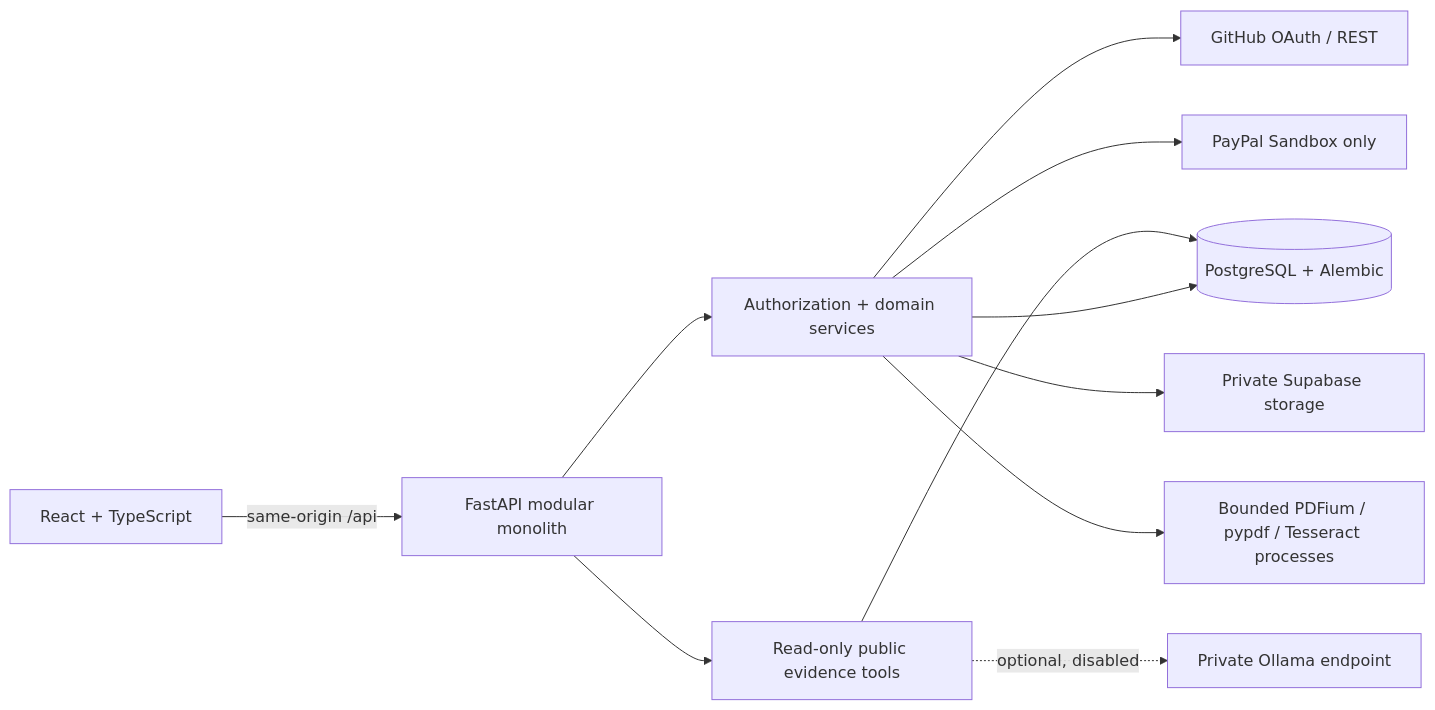
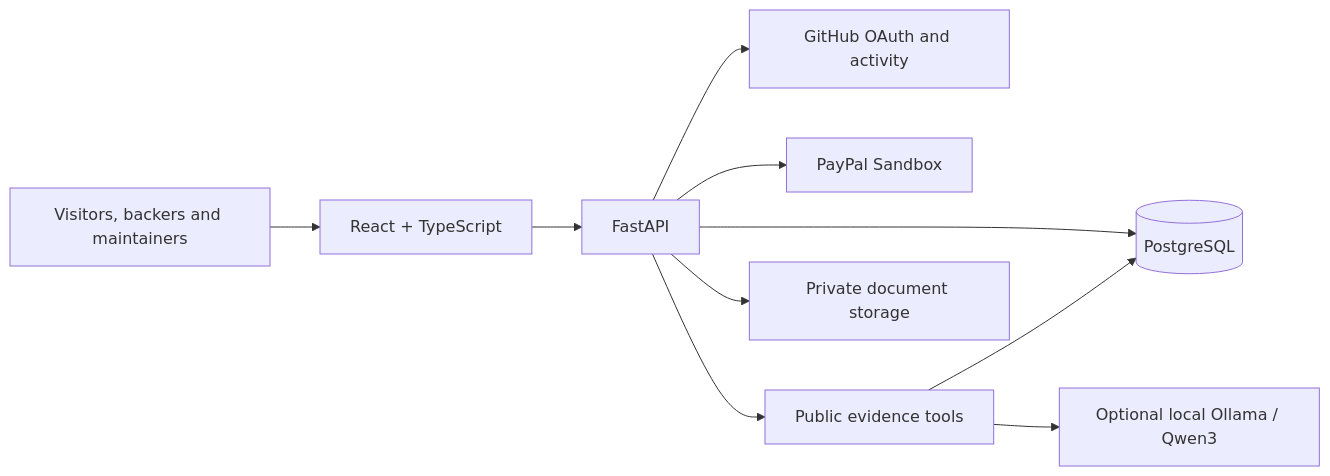
Before and after one commit to Avnish666/OpenDev: the diagram in README.md, drawn with Mermaid. The commit also changed other lines of this file, not shown here.

````diff
--- a/README.md
+++ b/README.md
@@ -38,13 +122,12 @@
 ```mermaid
 flowchart LR
-  Browser[React + TypeScript] -->|same-origin /api| API[FastAPI modular monolith]
-  API --> Services[Authorization + domain services]
-  Services --> DB[(PostgreSQL + Alembic)]
-  Services --> GitHub[GitHub OAuth / REST]
-  Services --> PayPal[PayPal Sandbox only]
-  Services --> Storage[Private Supabase storage]
-  Services --> Decoder[Bounded PDFium / pypdf / Tesseract processes]
-  API --> Evidence[Read-only public evidence tools]
-  Evidence --> DB
-  Evidence -. optional, disabled .-> Ollama[Private Ollama endpoint]
+    User[Visitors, backers and maintainers] --> UI[React + TypeScript]
+    UI --> API[FastAPI]
+    API --> DB[(PostgreSQL)]
+    API --> GitHub[GitHub OAuth and activity]
+    API --> PayPal[PayPal Sandbox]
+    API --> Evidence[Public evidence tools]
+    Evidence --> DB
+    Evidence --> Ollama[Optional local Ollama / Qwen3]
+    API --> Storage[Private document storage]
 ```
````
